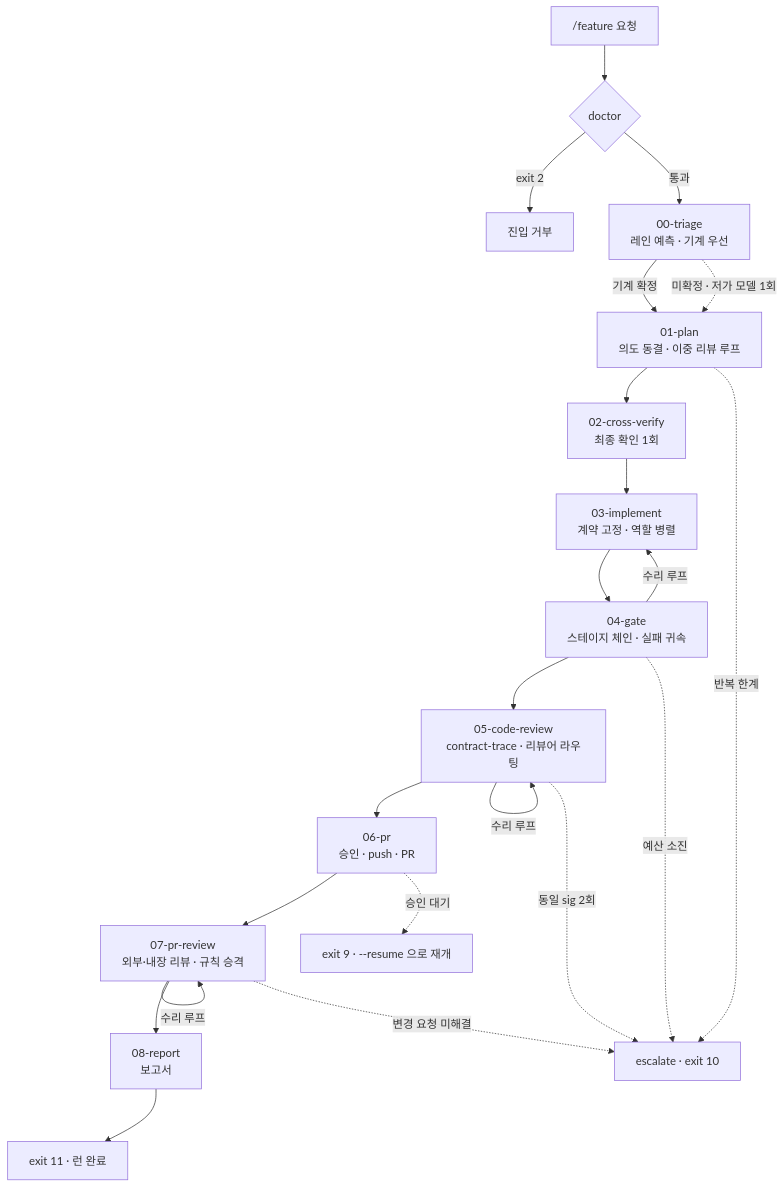
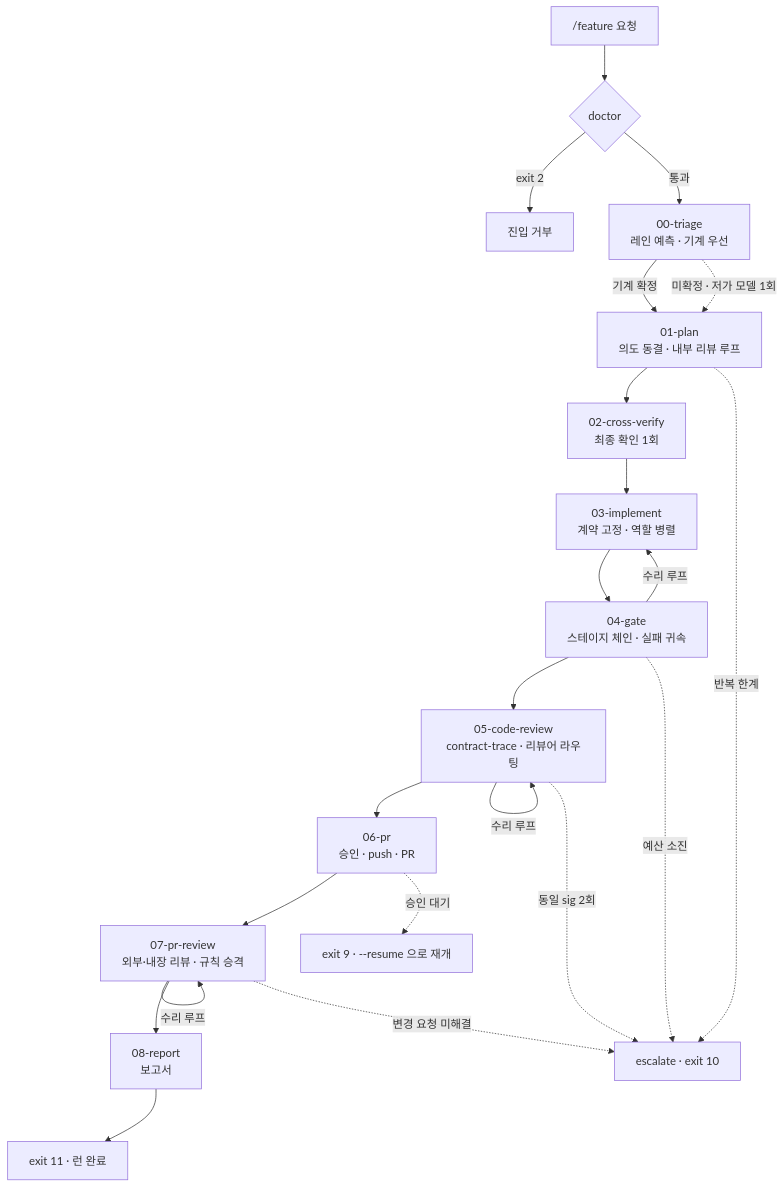
The first of 3 diagrams in docs/harness/pipeline/team-spec.md (hyuham1335-stack/banana-island-ops), drawn with Mermaid before and after one commit. The commit also changed other lines of this file and 10 other files, not shown here.

````diff
--- a/docs/harness/pipeline/team-spec.md
+++ b/docs/harness/pipeline/team-spec.md
@@ -53,25 +53,25 @@
 ```mermaid
 flowchart TD
     REQ["/feature 요청"] --> DOC{"doctor"}
     DOC -->|exit 2| STOP["진입 거부"]
     DOC -->|통과| P0["00-triage<br/>레인 예측 · 기계 우선"]
-    P0 -->|기계 확정| P1["01-plan<br/>의도 동결 · 이중 리뷰 루프"]
+    P0 -->|기계 확정| P1["01-plan<br/>의도 동결 · 내부 리뷰 루프"]
     P0 -.->|미확정 · 저가 모델 1회| P1
     P1 --> P2["02-cross-verify<br/>최종 확인 1회"]
     P2 --> P3["03-implement<br/>계약 고정 · 역할 병렬"]
     P3 --> P4["04-gate<br/>스테이지 체인 · 실패 귀속"]
     P4 -->|수리 루프| P3
     P4 --> P5["05-code-review<br/>contract-trace · 리뷰어 라우팅"]
     P5 -->|수리 루프| P5
     P5 --> P6["06-pr<br/>승인 · push · PR"]
     P6 --> P7["07-pr-review<br/>외부·내장 리뷰 · 규칙 승격"]
     P7 -->|수리 루프| P7
     P7 --> P8["08-report<br/>보고서"]
     P8 --> DONE["exit 11 · 런 완료"]
 
     P1 -.->|반복 한계| ESC["escalate · exit 10"]
     P4 -.->|예산 소진| ESC
     P5 -.->|동일 sig 2회| ESC
     P7 -.->|변경 요청 미해결| ESC
     P6 -.->|승인 대기| WAIT["exit 9 · --resume 으로 재개"]
 ```
````
